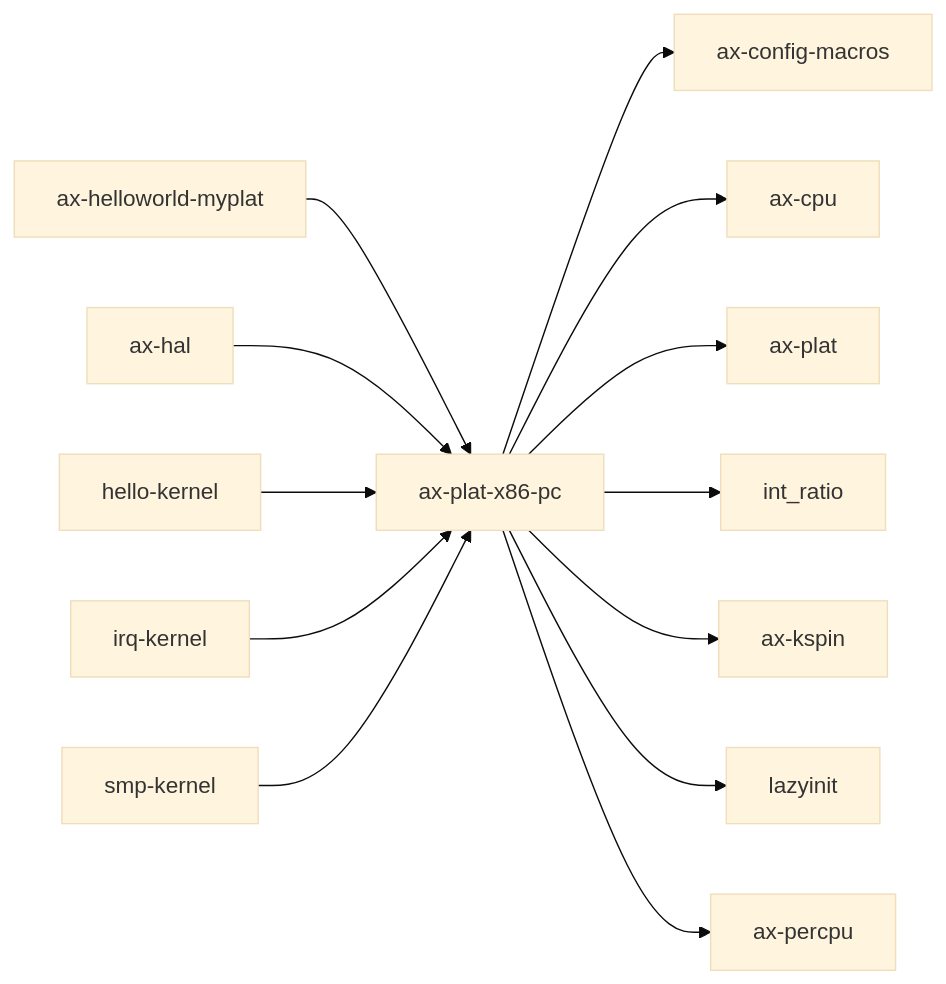
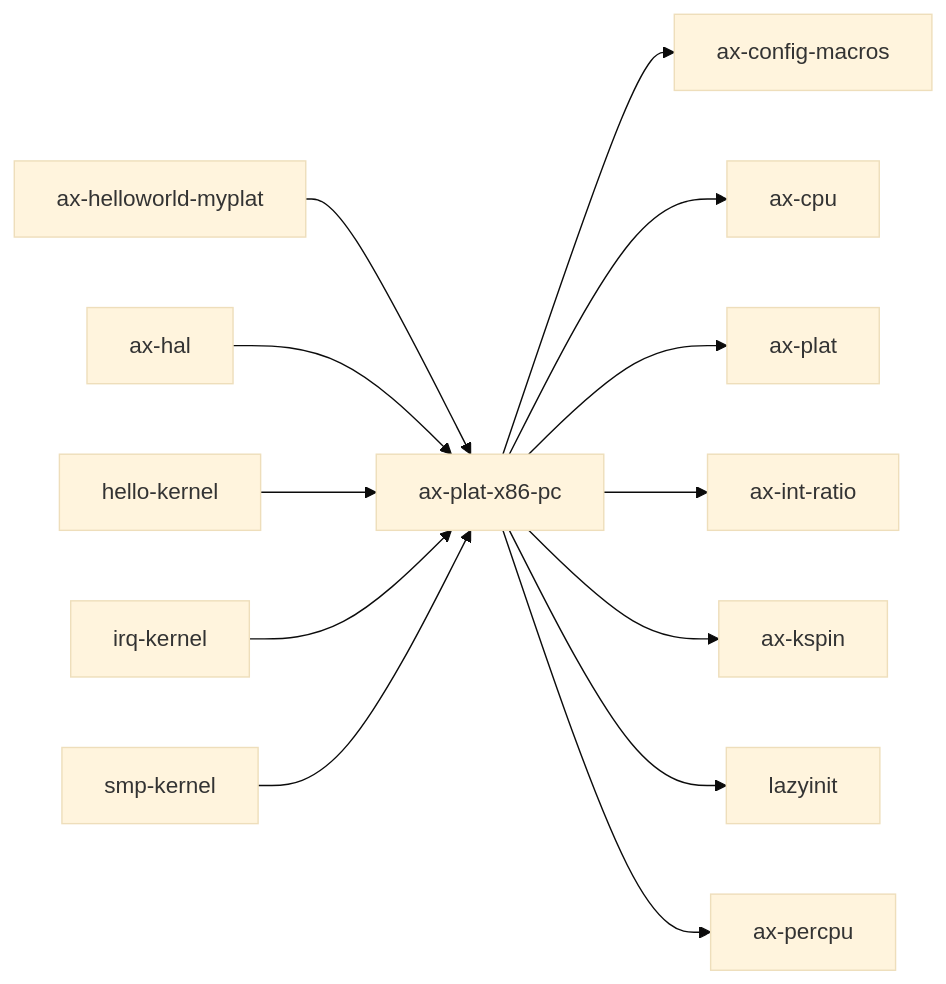
Before and after one commit to zKurisu/tgoskits: the third of 3 diagrams in docs/crates/ax-plat-x86-pc.md, drawn with Mermaid (base theme). The commit also changed other lines of this file and 26 other files, not shown here.

````diff
--- a/docs/crates/ax-plat-x86-pc.md
+++ b/docs/crates/ax-plat-x86-pc.md
@@ -238,16 +238,16 @@
 ```mermaid
 graph LR
     current["ax-plat-x86-pc"]
     current --> axconfig_macros["ax-config-macros"]
     current --> ax-cpu["ax-cpu"]
     current --> axplat["ax-plat"]
-    current --> int_ratio["int_ratio"]
+    current --> ax_int_ratio["ax-int-ratio"]
     current --> ax_kspin["ax-kspin"]
     current --> lazyinit["lazyinit"]
     current --> ax-percpu["ax-percpu"]
     arceos_helloworld_myplat["ax-helloworld-myplat"] --> current
     ax-hal["ax-hal"] --> current
     hello_kernel["hello-kernel"] --> current
     irq_kernel["irq-kernel"] --> current
     smp_kernel["smp-kernel"] --> current
 ```
````
